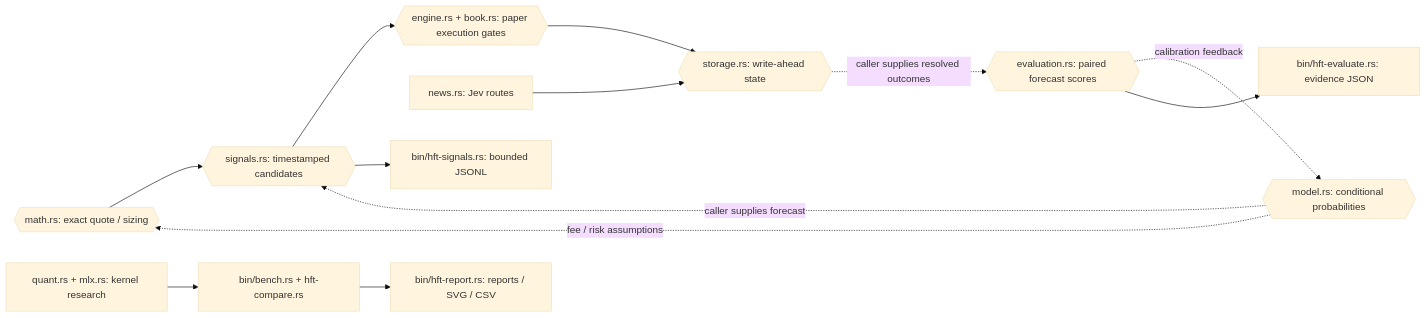
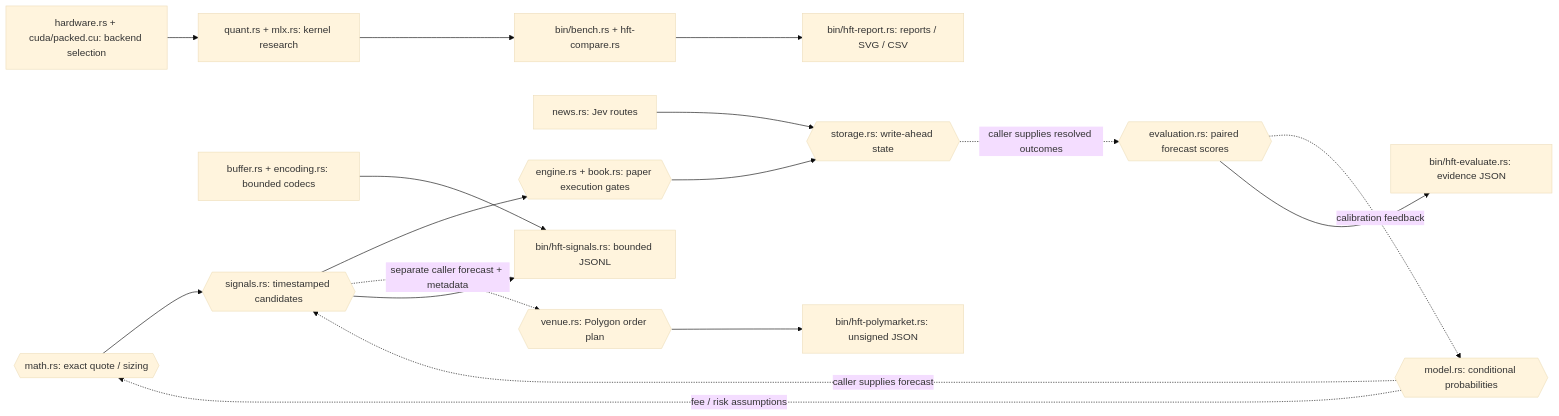
Before and after one commit to shubhxho/polymarket-hft: the diagram in docs/RUST_MAP.md, drawn with Mermaid (base theme). The commit also changed other lines of this file and 53 other files, not shown here.

Commit message:
feat: harden packed Rust I/O and Polygon sizing with exact MLX weight loading

````diff
--- a/docs/RUST_MAP.md
+++ b/docs/RUST_MAP.md
@@ -5,15 +5,19 @@
 ```mermaid
 flowchart LR
     M{{"math.rs: exact quote / sizing"}} --> S{{"signals.rs: timestamped candidates"}}
     P{{"model.rs: conditional probabilities"}} -. "caller supplies forecast" .-> S
     S --> E{{"engine.rs + book.rs: paper execution gates"}}
     E --> J{{"storage.rs: write-ahead state"}}
     J -. "caller supplies resolved outcomes" .-> V{{"evaluation.rs: paired forecast scores"}}
     V -. "calibration feedback" .-> P
     P -. "fee / risk assumptions" .-> M
     N["news.rs: Jev routes"] --> J
+    S -. "separate caller forecast + metadata" .-> O{{"venue.rs: Polygon order plan"}}
+    O --> H["bin/hft-polymarket.rs: unsigned JSON"]
+    K["buffer.rs + encoding.rs: bounded codecs"] --> C
+    G["hardware.rs + cuda/packed.cu: backend selection"] --> Q
     Q["quant.rs + mlx.rs: kernel research"] --> B["bin/bench.rs + hft-compare.rs"]
     V --> R["bin/hft-evaluate.rs: evidence JSON"]
     S --> C["bin/hft-signals.rs: bounded JSONL"]
     B --> D["bin/hft-report.rs: reports / SVG / CSV"]
 ```
````
